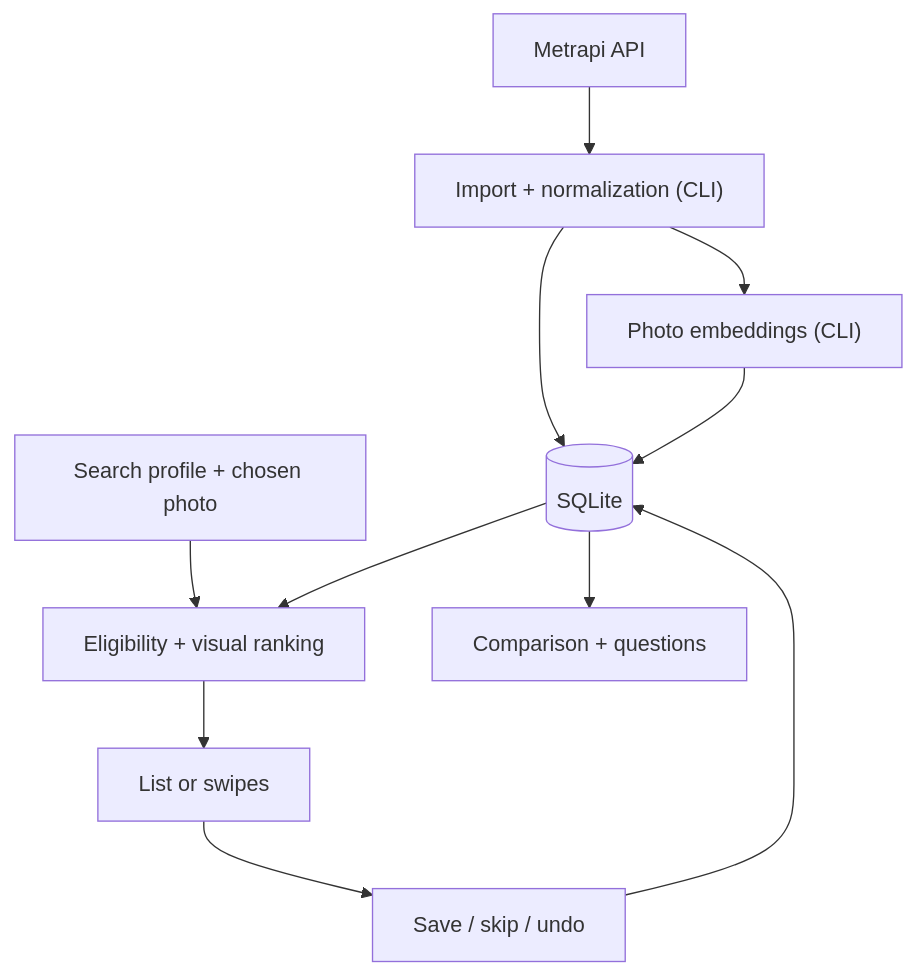
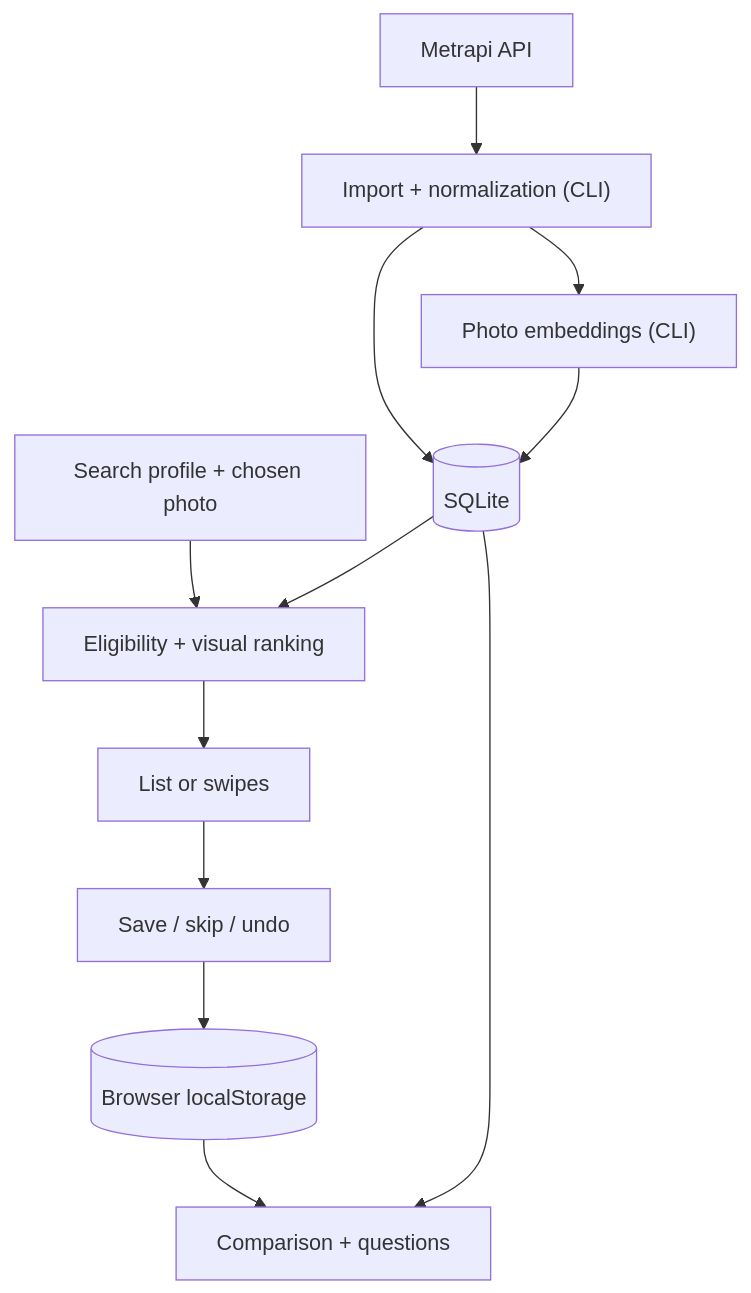
One commit to Sacraer-group/farposton changed the diagram in docs/architecture.md. Above: the diagram before and after it, drawn with Mermaid. The commit also changed other lines of this file and 23 other files, not shown here.

Commit message:
fix: keep favorites and swipe decisions in browser storage

````diff
--- a/docs/architecture.md
+++ b/docs/architecture.md
@@ -23,13 +23,14 @@
 ```mermaid
 flowchart TD
     A["Metrapi API"] --> B["Import + normalization (CLI)"]
     B --> C[("SQLite")]
     B --> D["Photo embeddings (CLI)"]
     D --> C
     E["Search profile + chosen photo"] --> F["Eligibility + visual ranking"]
     C --> F
     F --> G["List or swipes"]
     G --> H["Save / skip / undo"]
-    H --> C
-    C --> I["Comparison + questions"]
+    H --> J[("Browser localStorage")]
+    J --> I["Comparison + questions"]
+    C --> I
 ```
````
